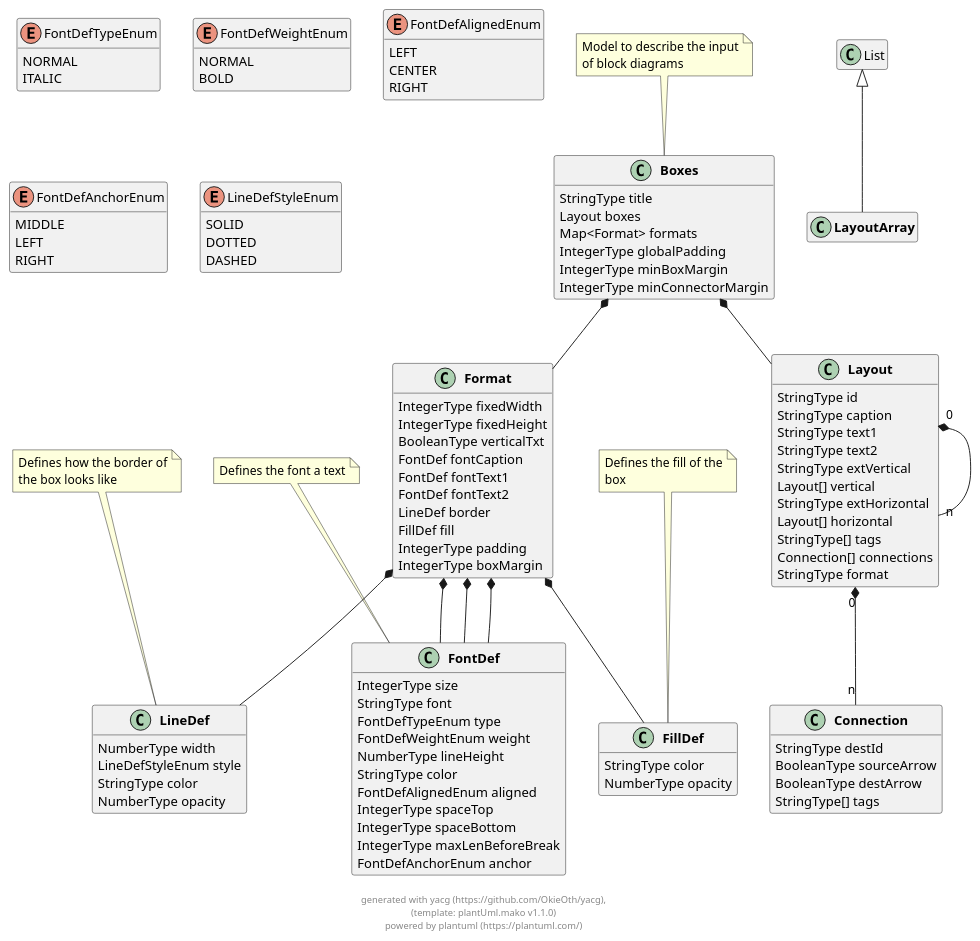
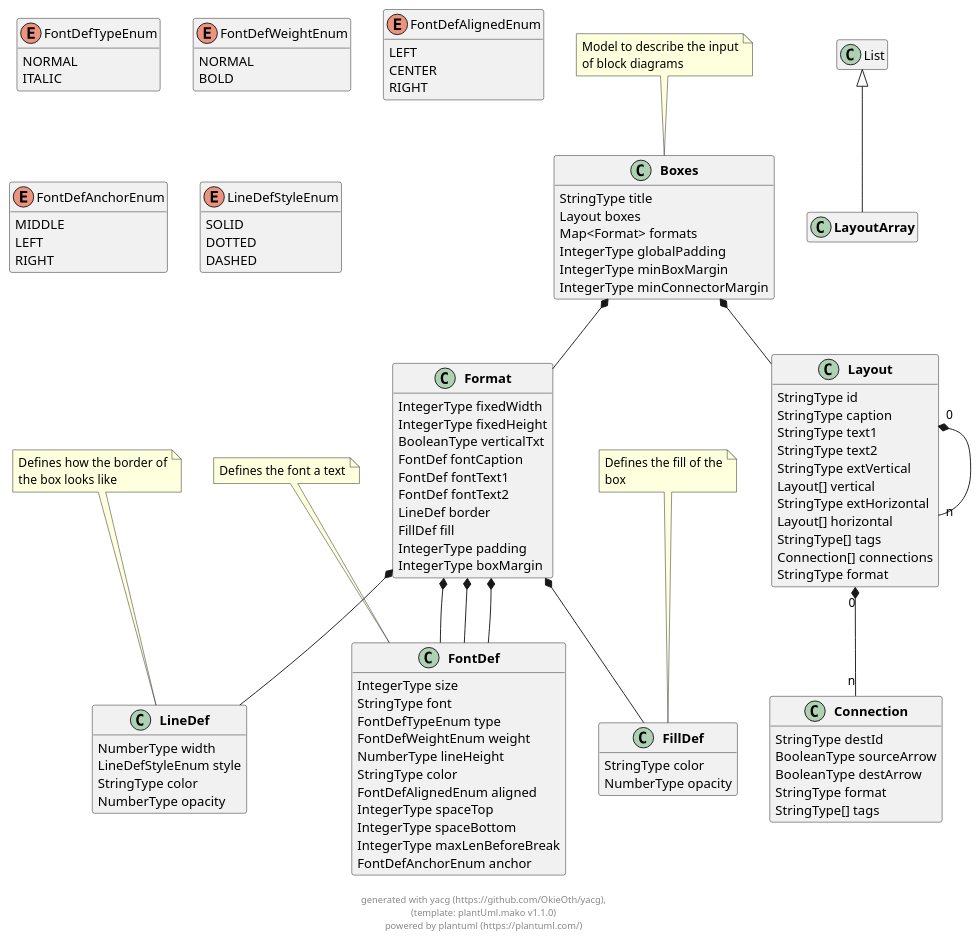
One commit to OkieOth/draw.chart.things changed the diagram in docs/models/puml/boxes.puml. Above: the diagram before and after it, drawn with PlantUML. The commit also changed 4 other files, not shown here.

```diff
--- a/docs/models/puml/boxes.puml
+++ b/docs/models/puml/boxes.puml
@@ -55,6 +55,7 @@
         StringType destId
         BooleanType sourceArrow
         BooleanType destArrow
+        StringType format
         StringType[] tags
 }
 
@@ -170,6 +171,7 @@
 
 
 
+
     
 
 
```
